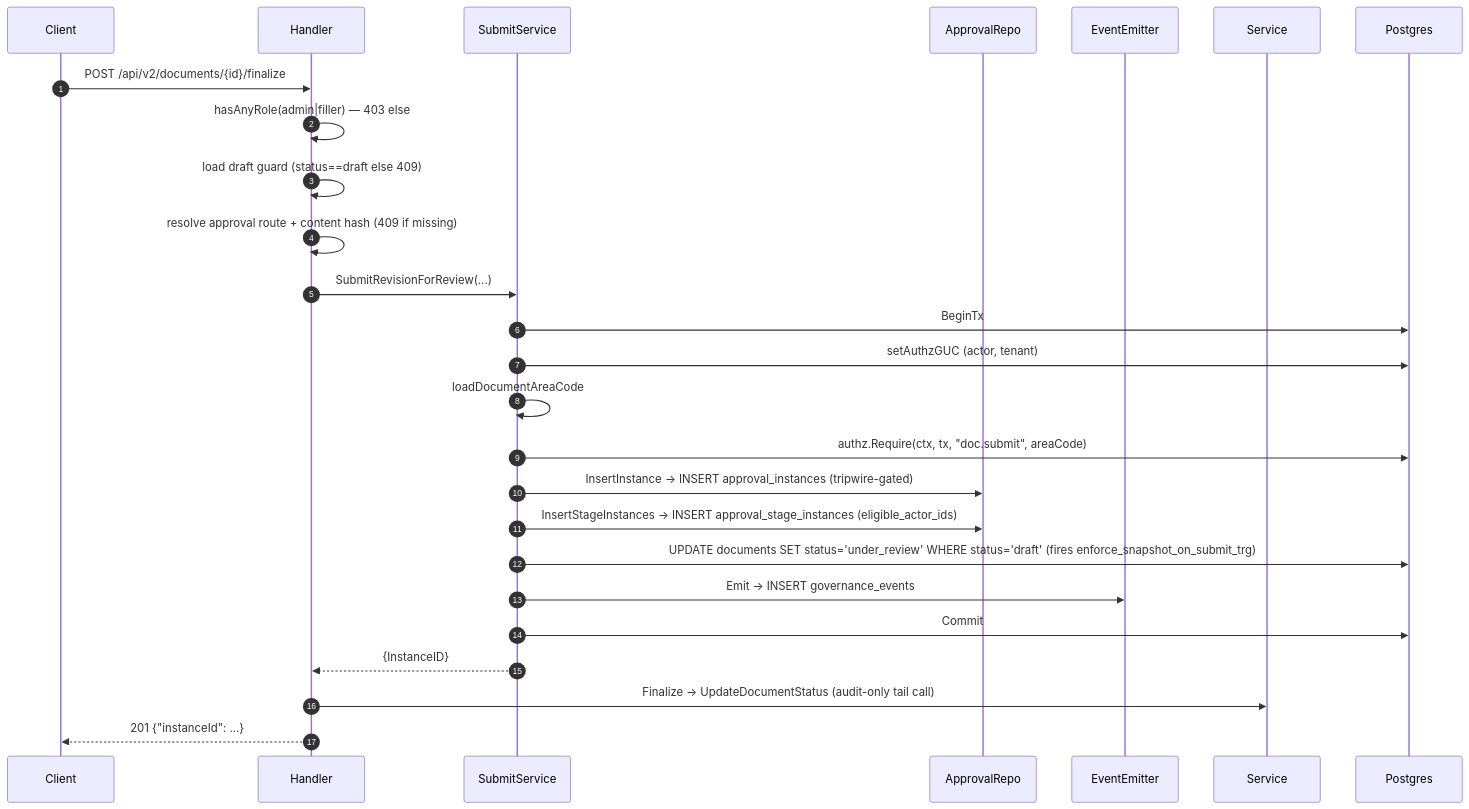
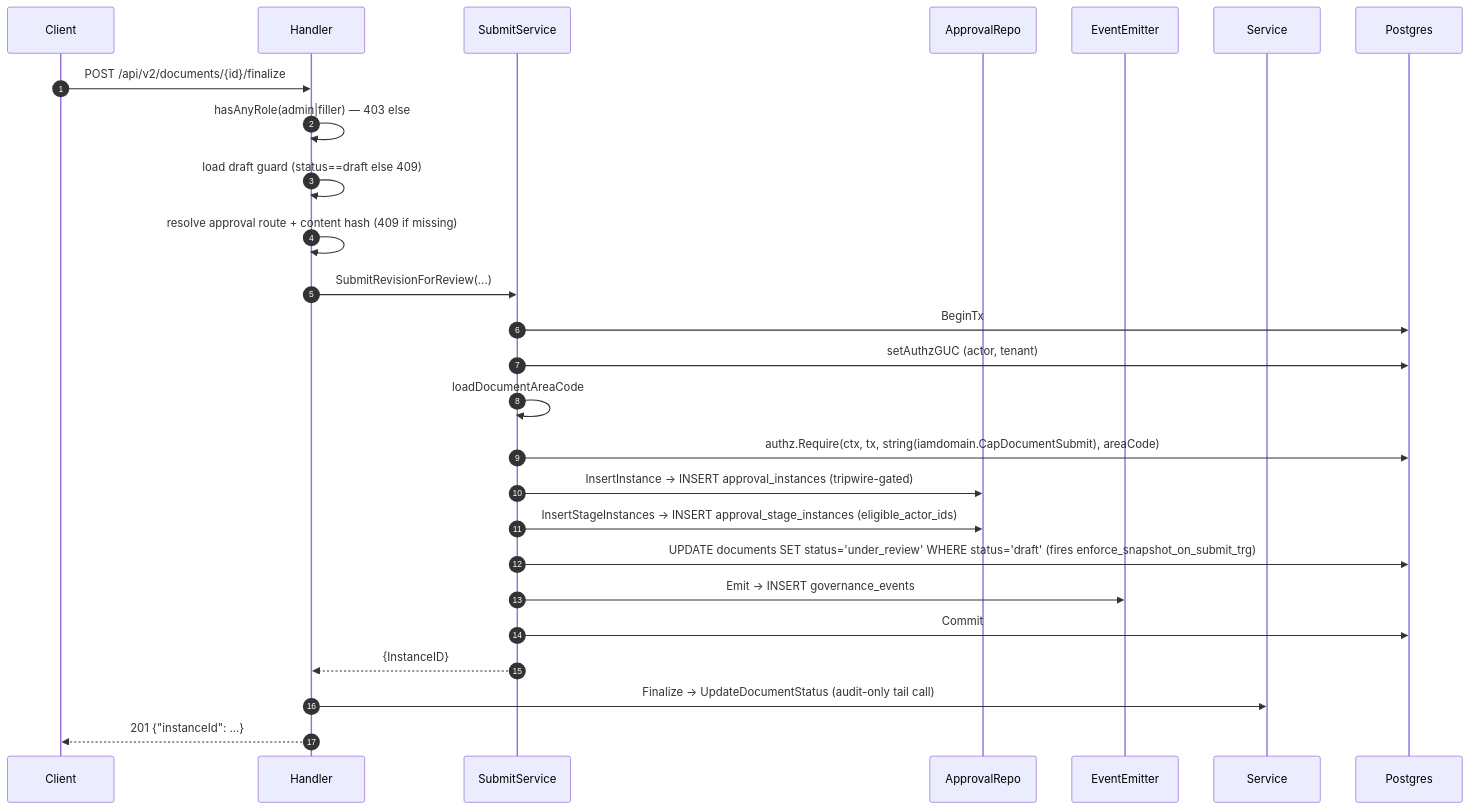
Before and after one commit to developmentconexus-ops/MetalDocs: the fifth of 5 diagrams in wiki/modules/documents.md, drawn with Mermaid. The commit also changed other lines of this file and 4 other files, not shown here.

````diff
--- a/wiki/modules/documents.md
+++ b/wiki/modules/documents.md
@@ -281,28 +281,28 @@
 ```mermaid
 sequenceDiagram
     autonumber
     participant C as Client
     participant H as Handler
     participant SS as SubmitService
     participant AR as ApprovalRepo
     participant EM as EventEmitter
     participant S as Service
     participant DB as Postgres
     C->>H: POST /api/v2/documents/{id}/finalize
     H->>H: hasAnyRole(admin|filler) — 403 else
     H->>H: load draft guard (status==draft else 409)
     H->>H: resolve approval route + content hash (409 if missing)
     H->>SS: SubmitRevisionForReview(...)
     SS->>DB: BeginTx
     SS->>DB: setAuthzGUC (actor, tenant)
     SS->>SS: loadDocumentAreaCode
-    SS->>DB: authz.Require(ctx, tx, "doc.submit", areaCode)
+    SS->>DB: authz.Require(ctx, tx, string(iamdomain.CapDocumentSubmit), areaCode)
     SS->>AR: InsertInstance → INSERT approval_instances (tripwire-gated)
     SS->>AR: InsertStageInstances → INSERT approval_stage_instances (eligible_actor_ids)
     SS->>DB: UPDATE documents SET status='under_review' WHERE status='draft'  (fires enforce_snapshot_on_submit_trg)
     SS->>EM: Emit → INSERT governance_events
     SS->>DB: Commit
     SS-->>H: {InstanceID}
     H->>S: Finalize → UpdateDocumentStatus (audit-only tail call)
     H-->>C: 201 {"instanceId": ...}
 ```
````
